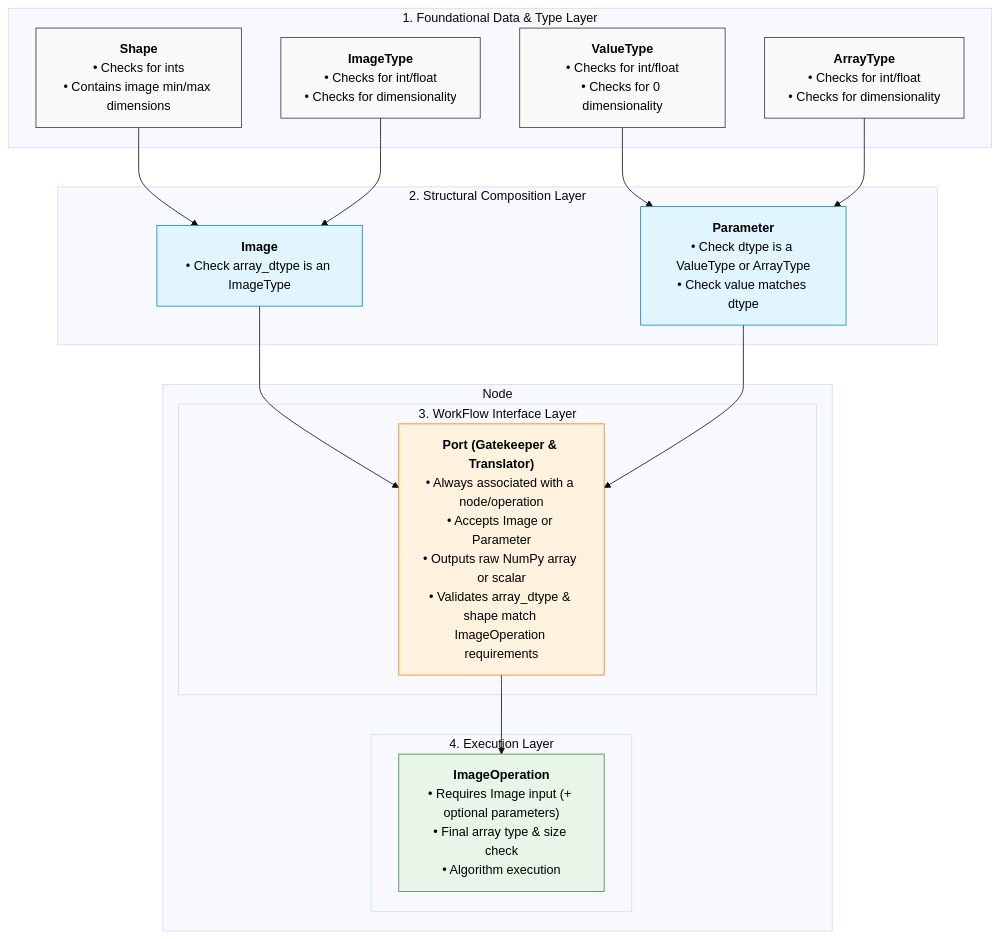
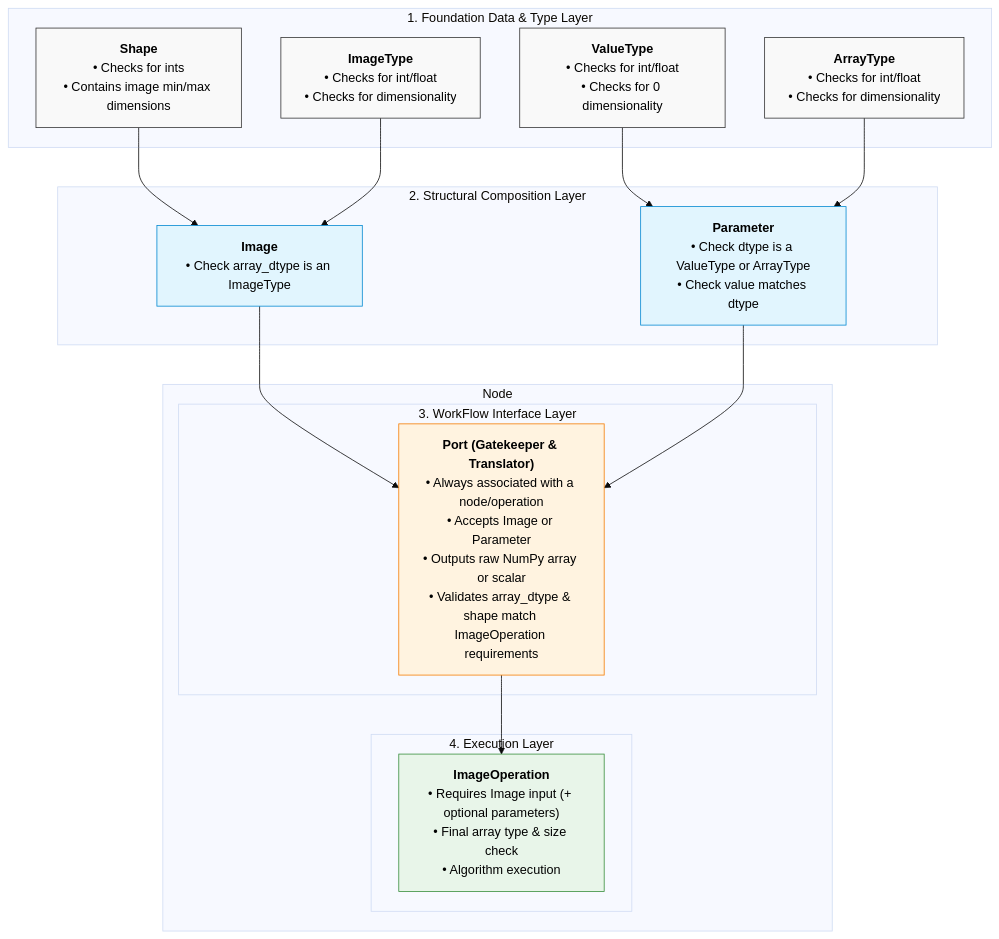
One commit to jason-morgan84/easy-image-analysis changed the first of 2 diagrams in docs/Specification.md. Above: the diagram before and after it, drawn with Mermaid (base theme). The commit also changed other lines of this file, not shown here.

````diff
--- a/docs/Specification.md
+++ b/docs/Specification.md
@@ -117,40 +116,40 @@
 ```mermaid
 graph TD
     classDef found fill:#f9f9f9,stroke:#333,stroke-width:1px,color:#000000;
     classDef comp fill:#e1f5fe,stroke:#0288d1,stroke-width:1px,color:#000000;
     classDef iface fill:#fff3e0,stroke:#f57c00,stroke-width:1px,color:#000000;
     classDef exec fill:#e8f5e9,stroke:#388e3c,stroke-width:1px,color:#000000;
     classDef exec fill:#e8f5e9,stroke:#388e3c,stroke-width:1px,color:#000000;
 
-    subgraph Foundational_Layer ["1. Foundational Data & Type Layer"]
+    subgraph Foundation_Layer ["1. Foundation Data & Type Layer"]
         Shape["<b>Shape</b><br>• Checks for ints<br>• Contains image min/max dimensions"]:::found
         ImageType["<b>ImageType</b><br>• Checks for int/float<br>• Checks for dimensionality"]:::found
         ValueType["<b>ValueType</b><br>• Checks for int/float<br>• Checks for 0 dimensionality"]:::found
         ArrayType["<b>ArrayType</b><br>• Checks for int/float<br>• Checks for dimensionality"]:::found
     end
 
     subgraph Composition_Layer ["2. Structural Composition Layer"]
         Image["<b>Image</b><br>• Check array_dtype is an ImageType<br>"]:::comp
         Parameter["<b>Parameter</b><br>• Check dtype is a ValueType or ArrayType<br>• Check value matches dtype"]:::comp
     end
     subgraph Composition_layer ["Node"]
         subgraph Interface_Layer ["3. WorkFlow Interface Layer"]
             Port["<b>Port (Gatekeeper & Translator)</b><br>• Always associated with a node/operation<br>• Accepts Image or Parameter<br>• Outputs raw NumPy array or scalar<br>• Validates array_dtype & shape match ImageOperation requirements"]:::iface
         end
 
         subgraph Execution_Layer ["4. Execution Layer"]
             ImageOperation["<b>ImageOperation</b><br>• Requires Image input (+ optional parameters)<br>• Final array type & size check<br>• Algorithm execution"]:::exec
         end
     end
 
 
     Shape --> Image
     ImageType --> Image
     ValueType --> Parameter
     ArrayType --> Parameter
 
     Image --> Port
     Parameter --> Port
 
     Port --> ImageOperation
 ```
````
